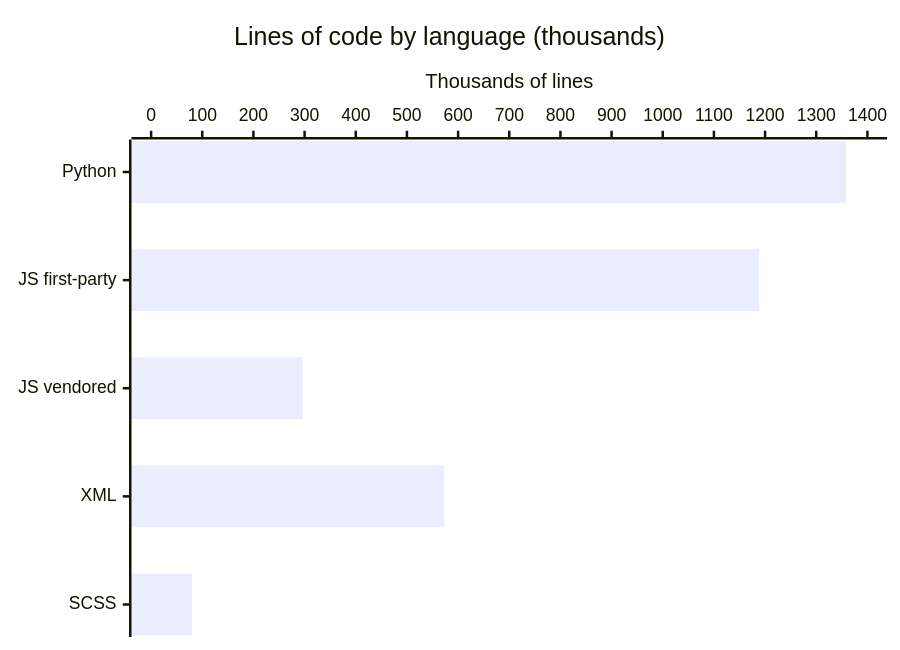
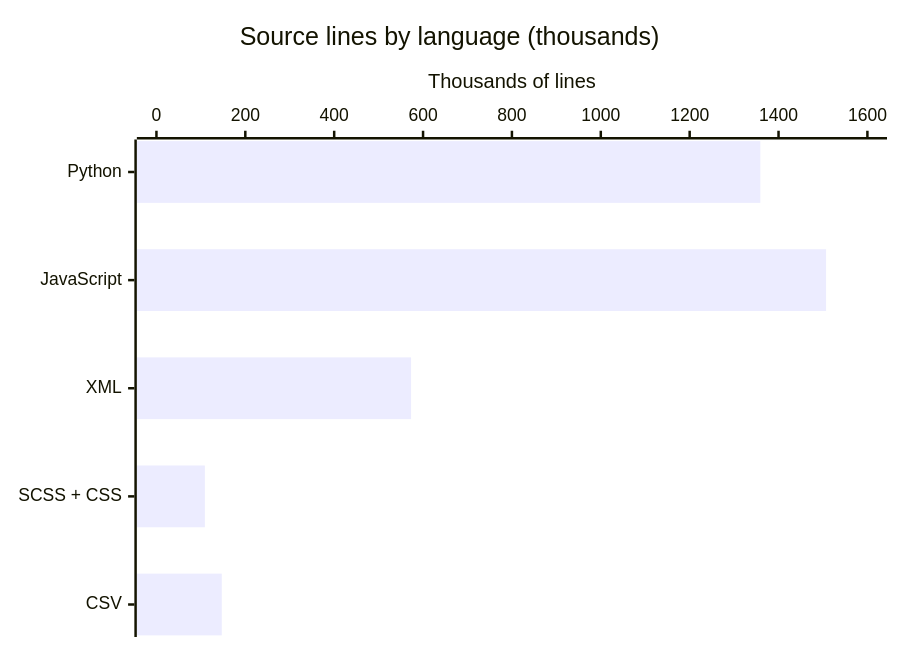
One commit to blitzy-public-samples/odoo changed the diagram in droid-wiki/by-the-numbers.md. Above: the diagram before and after it, drawn with Mermaid. The commit also changed other lines of this file and 78 other files, not shown here.

````diff
--- a/droid-wiki/by-the-numbers.md
+++ b/droid-wiki/by-the-numbers.md
@@ -18,7 +17,7 @@
 ```mermaid
 xychart-beta horizontal
-    title "Lines of code by language (thousands)"
-    x-axis ["Python", "JS first-party", "JS vendored", "XML", "SCSS"]
-    y-axis "Thousands of lines" 0 --> 1400
-    bar [1358, 1188, 296, 573, 80]
+    title "Source lines by language (thousands)"
+    x-axis ["Python", "JavaScript", "XML", "SCSS + CSS", "CSV"]
+    y-axis "Thousands of lines" 0 --> 1600
+    bar [1359, 1507, 573, 109, 147]
 ```
````
